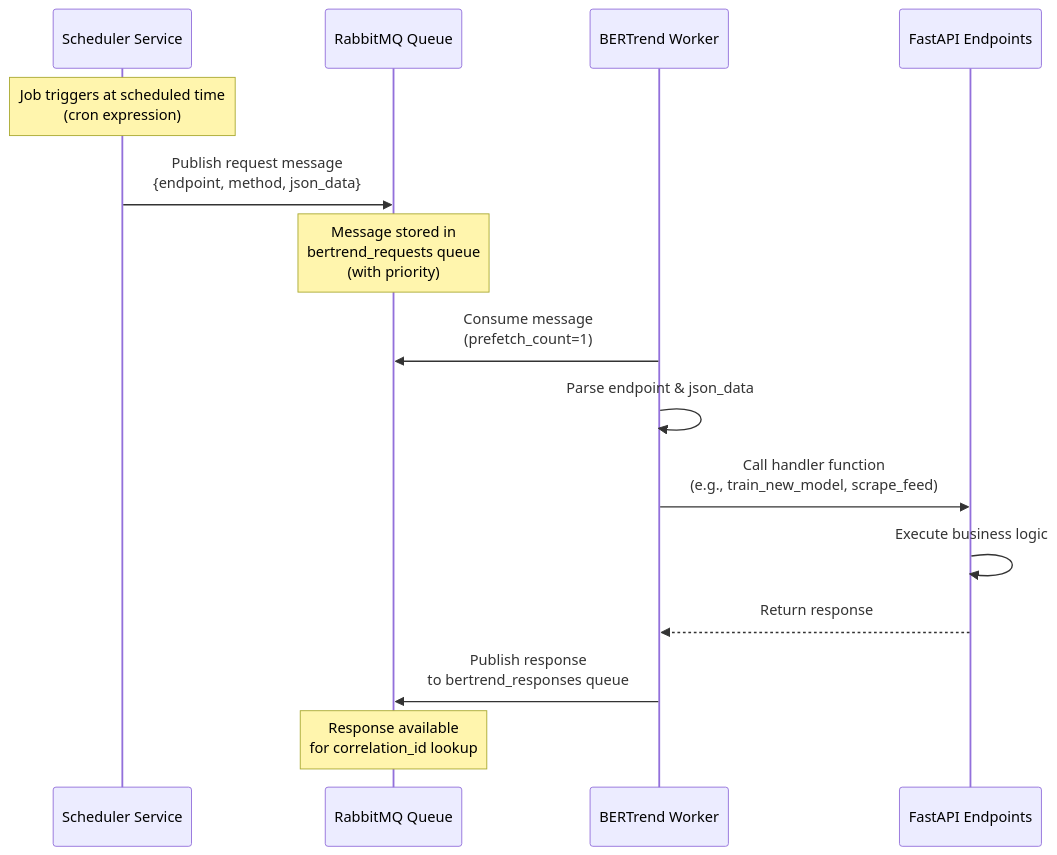
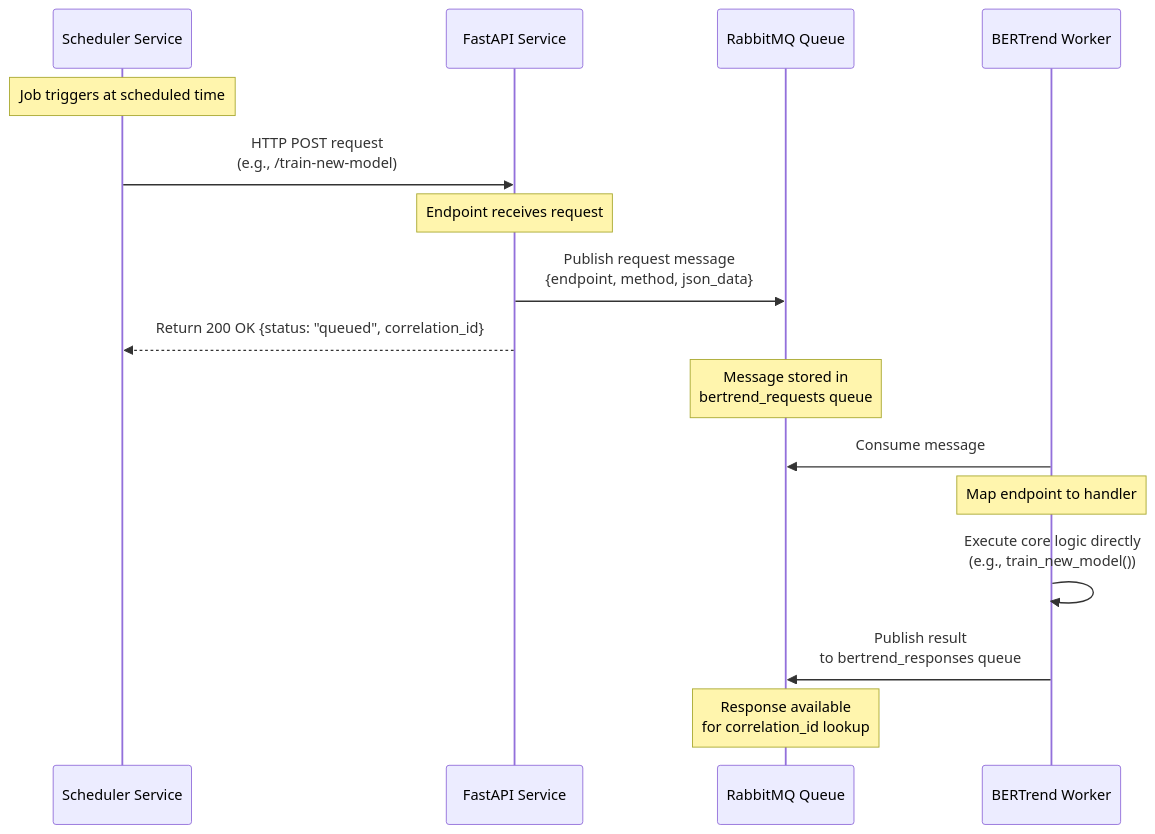
One commit to rte-france/BERTrend changed the first of 2 diagrams in docs/queue_architecture.md. Above: the diagram before and after it, drawn with Mermaid. The commit also changed other lines of this file and 10 other files, not shown here.

````diff
--- a/docs/queue_architecture.md
+++ b/docs/queue_architecture.md
@@ -7,17 +11,23 @@
 ```mermaid
 sequenceDiagram
     participant Scheduler as Scheduler Service
+    participant FastAPI as FastAPI Service
     participant Queue as RabbitMQ Queue
     participant Worker as BERTrend Worker
-    participant FastAPI as FastAPI Endpoints
-    Note over Scheduler: Job triggers at scheduled time<br/>(cron expression)
-    Scheduler ->> Queue: Publish request message<br/>{endpoint, method, json_data}
-    Note over Queue: Message stored in<br/>bertrend_requests queue<br/>(with priority)
-    Worker ->> Queue: Consume message<br/>(prefetch_count=1)
-    Worker ->> Worker: Parse endpoint & json_data
-    Worker ->> FastAPI: Call handler function<br/>(e.g., train_new_model, scrape_feed)
-    FastAPI ->> FastAPI: Execute business logic
-    FastAPI -->> Worker: Return response
-    Worker ->> Queue: Publish response<br/>to bertrend_responses queue
+    
+    Note over Scheduler: Job triggers at scheduled time
+    Scheduler ->> FastAPI: HTTP POST request<br/>(e.g., /train-new-model)
+    
+    Note over FastAPI: Endpoint receives request
+    FastAPI ->> Queue: Publish request message<br/>{endpoint, method, json_data}
+    FastAPI -->> Scheduler: Return 200 OK {status: "queued", correlation_id}
+    
+    Note over Queue: Message stored in<br/>bertrend_requests queue
+    
+    Worker ->> Queue: Consume message
+    Note over Worker: Map endpoint to handler
+    Worker ->> Worker: Execute core logic directly<br/>(e.g., train_new_model())
+    
+    Worker ->> Queue: Publish result<br/>to bertrend_responses queue
     Note over Queue: Response available<br/>for correlation_id lookup
 ```
````
